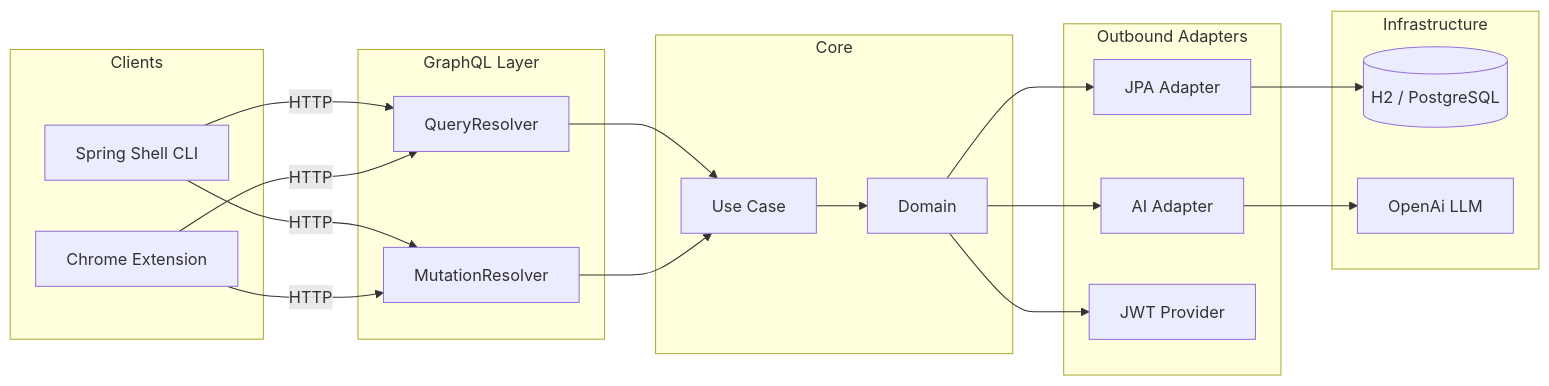
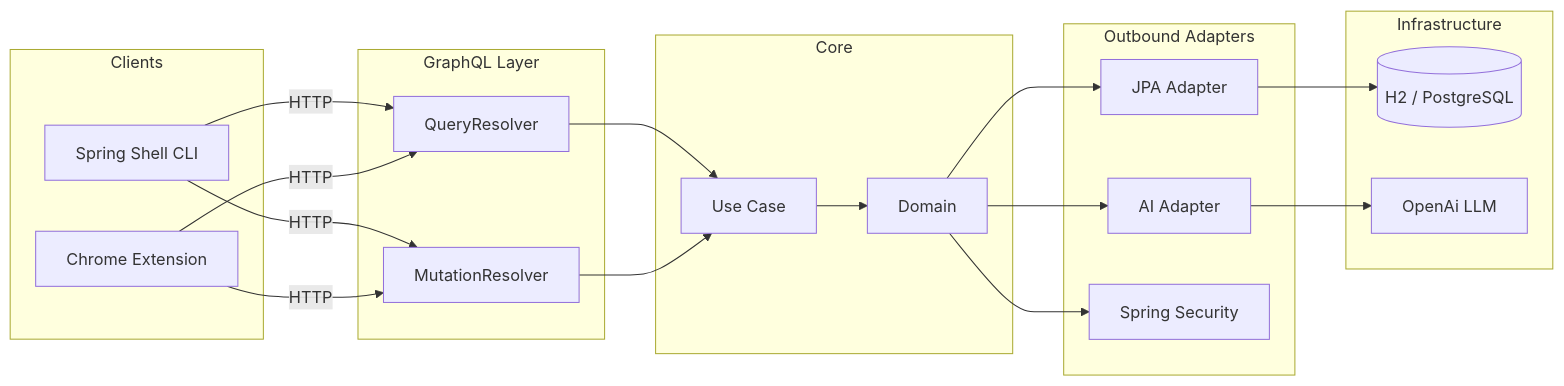
One commit to JuanPabloJimenezEsclusa/alexandra-job-tracker changed the second of 3 diagrams in README.md. Above: the diagram before and after it, drawn with Mermaid. The commit also changed other lines of this file and 56 other files, not shown here.

First line of the commit message:
refactor(adapter): migrate authentication from jjwt to spring security

````diff
--- a/README.md
+++ b/README.md
@@ -155,35 +162,35 @@
 ```mermaid
 flowchart LR
     subgraph clients [Clients]
         CLI["Spring Shell CLI"]
         Ext["Chrome Extension"]
     end
 
     subgraph api [GraphQL Layer]
         QR["QueryResolver"]
         MR["MutationResolver"]
     end
 
     subgraph core [Core]
         UC["Use Case"]
         Domain["Domain"]
     end
 
     subgraph outbound [Outbound Adapters]
         JPA["JPA Adapter"]
         AI["AI Adapter"]
-        JWT["JWT Provider"]
+        JWT["Spring Security"]
     end
 
     subgraph storage [Infrastructure]
         DB[("H2 / PostgreSQL")]
         LLM["OpenAi LLM"]
     end
 
     CLI --> |HTTP| QR & MR
     Ext --> |HTTP| QR & MR
     QR & MR --> UC --> Domain
     Domain --> JPA & AI & JWT
     JPA --> DB
     AI --> LLM
 ```
````
